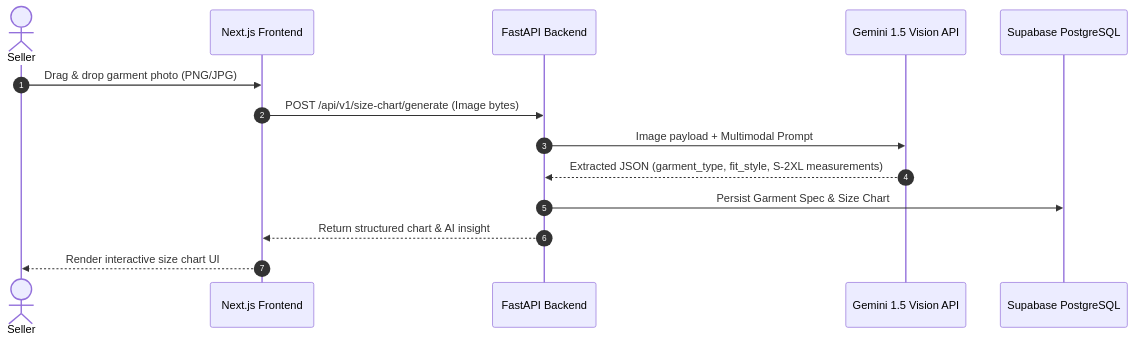
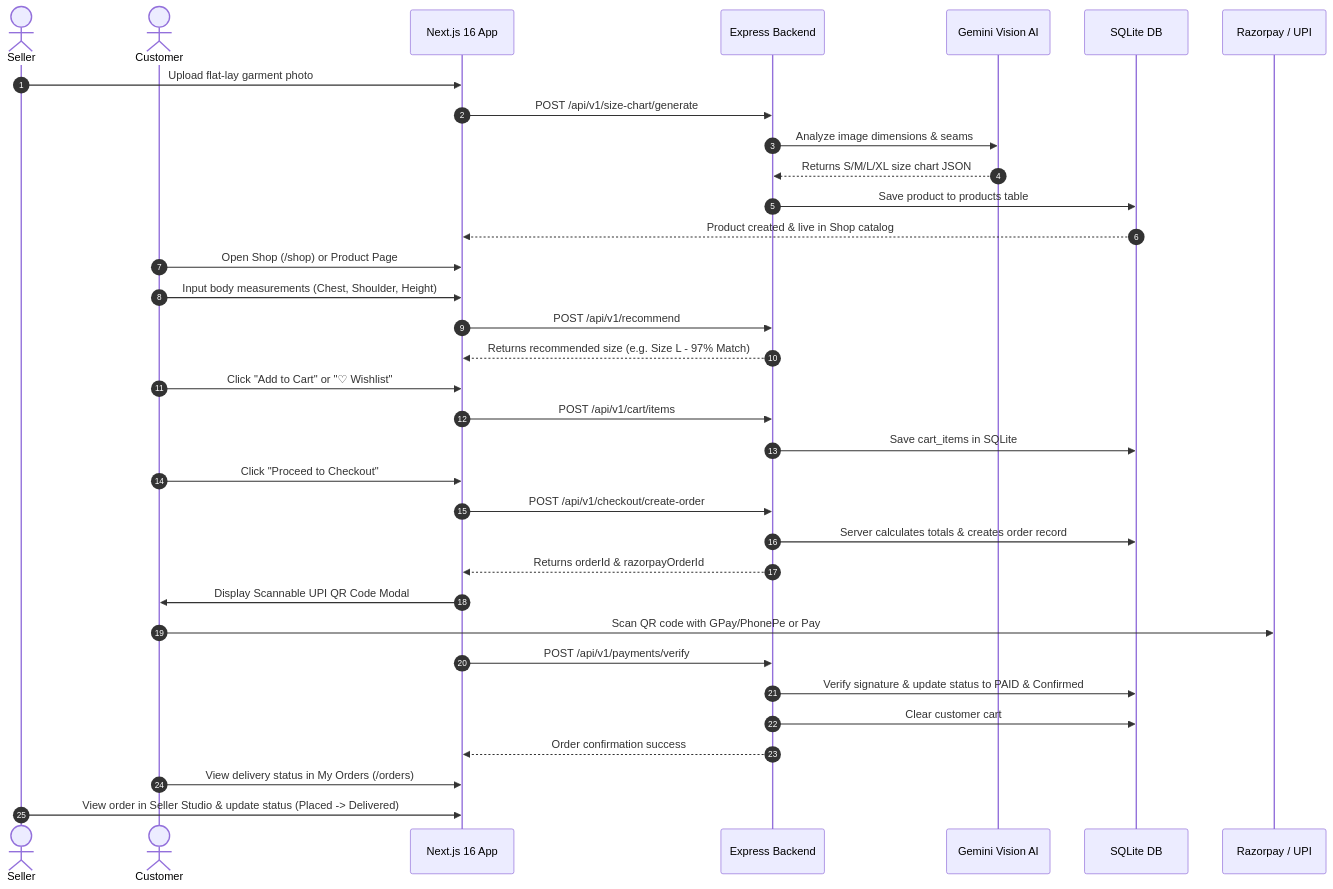
One commit to Shanmukhavijay999/FitGenius-AI-dynamic changed the second of 3 diagrams in README.md. Above: the diagram before and after it, drawn with Mermaid. The commit also changed other lines of this file and 55 other files, not shown here.

Commit message:
feat: Upgrade FitGenius AI to complete fashion shopping platform with AI chatbot, wishlist, cart, Razorpay payment gateway, scannable UPI QR code, orders tracker, seller dashboard, and database persistence

````diff
--- a/README.md
+++ b/README.md
@@ -55,17 +80,42 @@
 ```mermaid
 sequenceDiagram
     autonumber
     actor Seller
-    participant App as Next.js Frontend
-    participant API as FastAPI Backend
-    participant Gemini as Gemini 1.5 Vision API
-    participant DB as Supabase PostgreSQL
+    actor Customer
+    participant Frontend as Next.js 16 App
+    participant Express as Express Backend
+    participant Gemini as Gemini Vision AI
+    participant DB as SQLite DB
+    participant Razorpay as Razorpay / UPI
 
-    Seller->>App: Drag & drop garment photo (PNG/JPG)
-    App->>API: POST /api/v1/size-chart/generate (Image bytes)
-    API->>Gemini: Image payload + Multimodal Prompt
-    Gemini-->>API: Extracted JSON (garment_type, fit_style, S-2XL measurements)
-    API->>DB: Persist Garment Spec & Size Chart
-    API-->>App: Return structured chart & AI insight
-    App-->>Seller: Render interactive size chart UI
+    Seller->>Frontend: Upload flat-lay garment photo
+    Frontend->>Express: POST /api/v1/size-chart/generate
+    Express->>Gemini: Analyze image dimensions & seams
+    Gemini-->>Express: Returns S/M/L/XL size chart JSON
+    Express->>DB: Save product to products table
+    DB-->>Frontend: Product created & live in Shop catalog
+
+    Customer->>Frontend: Open Shop (/shop) or Product Page
+    Customer->>Frontend: Input body measurements (Chest, Shoulder, Height)
+    Frontend->>Express: POST /api/v1/recommend
+    Express-->>Frontend: Returns recommended size (e.g. Size L - 97% Match)
+
+    Customer->>Frontend: Click "Add to Cart" or "♡ Wishlist"
+    Frontend->>Express: POST /api/v1/cart/items
+    Express->>DB: Save cart_items in SQLite
+
+    Customer->>Frontend: Click "Proceed to Checkout"
+    Frontend->>Express: POST /api/v1/checkout/create-order
+    Express->>DB: Server calculates totals & creates order record
+    Express-->>Frontend: Returns orderId & razorpayOrderId
+
+    Frontend->>Customer: Display Scannable UPI QR Code Modal
+    Customer->>Razorpay: Scan QR code with GPay/PhonePe or Pay
+    Frontend->>Express: POST /api/v1/payments/verify
+    Express->>DB: Verify signature & update status to PAID & Confirmed
+    Express->>DB: Clear customer cart
+    Express-->>Frontend: Order confirmation success
+
+    Customer->>Frontend: View delivery status in My Orders (/orders)
+    Seller->>Frontend: View order in Seller Studio & update status (Placed -> Delivered)
 ```
````
